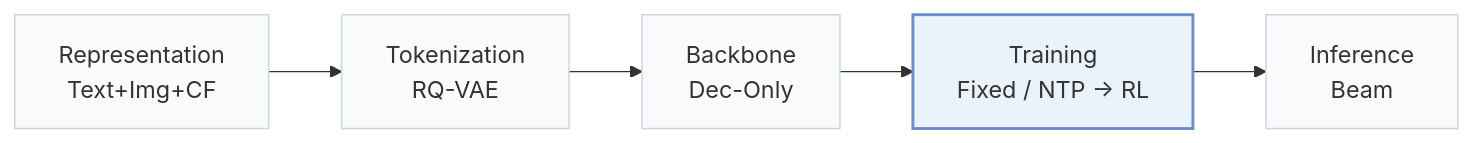
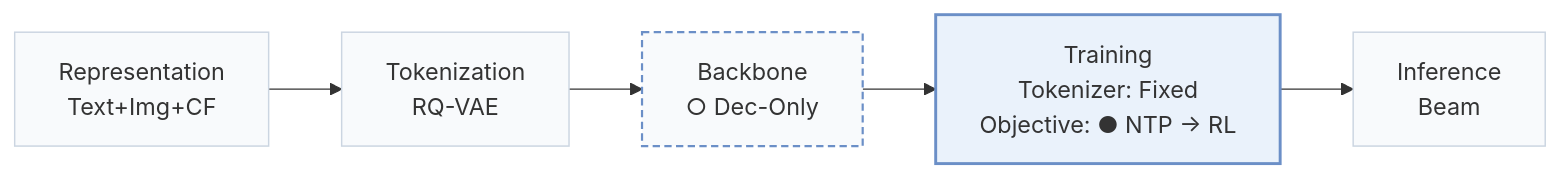
One commit to Galaxy-ghost/Awesome-SID-Generative-Rec changed the first of 2 diagrams in pages/papers/genrec-jd.md. Above: the diagram before and after it, drawn with Mermaid. The commit also changed other lines of this file and 558 other files, not shown here.

````diff
--- a/pages/papers/genrec-jd.md
+++ b/pages/papers/genrec-jd.md
@@ -15,8 +18,10 @@
 ```mermaid
 flowchart LR
-    R["Representation<br/>Text+Img+CF"] --> T["Tokenization<br/>RQ-VAE"] --> B["Backbone<br/>Dec-Only"] --> TR["Training<br/>Fixed / NTP → RL"] --> I["Inference<br/>Beam"]
+    R["Representation<br/>Text+Img+CF"] --> T["Tokenization<br/>RQ-VAE"] --> B["Backbone<br/>○ Dec-Only"] --> TR["Training<br/>Tokenizer: Fixed<br/>Objective: ● NTP → RL"] --> I["Inference<br/>Beam"]
     classDef base fill:#f8fafc,stroke:#cbd5e1
     class R,T,B,TR,I base
+    classDef other fill:#f8fafc,stroke:#6b8fc7,stroke-width:1.5px,stroke-dasharray:5 3
+    class B other
     classDef main fill:#eaf2fb,stroke:#6b8fc7,stroke-width:2px
     class TR main
 ```
````
